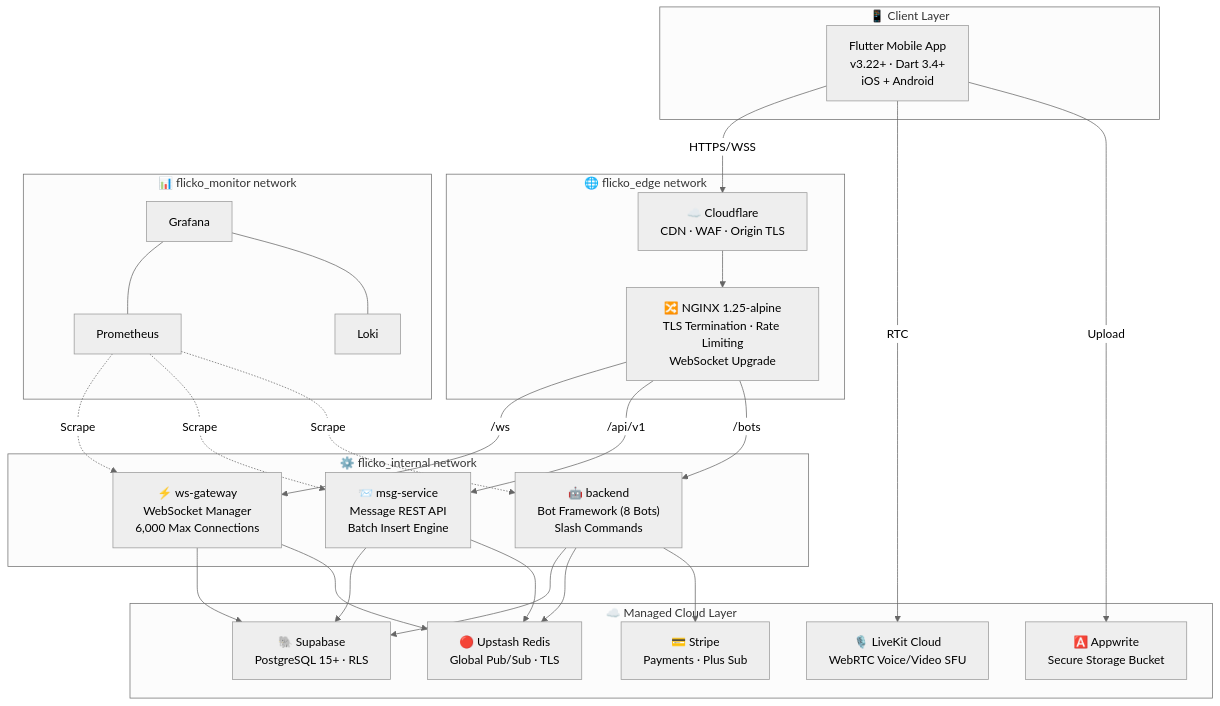
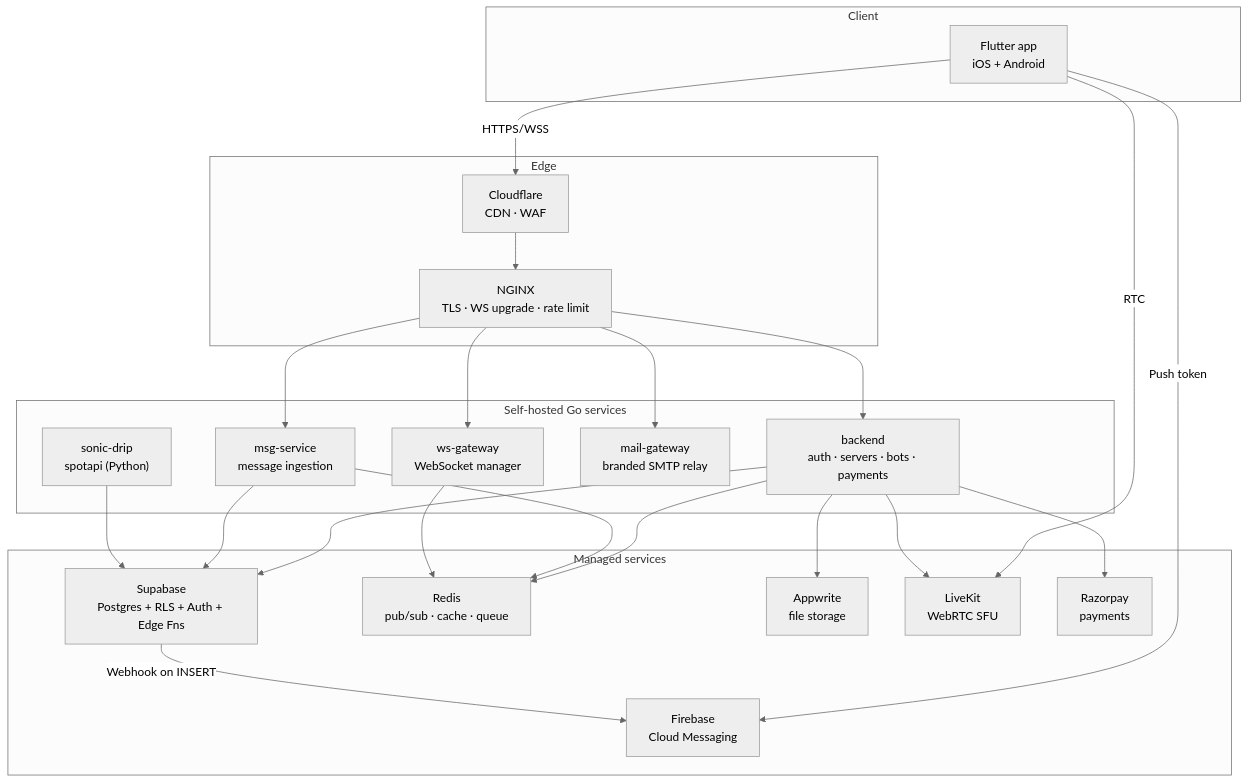
One commit to Santosh-Prasad-Verma/Flicko changed the diagram in README.md. Above: the diagram before and after it, drawn with Mermaid (neutral theme). The commit also changed other lines of this file, not shown here.

````diff
--- a/README.md
+++ b/README.md
@@ -87,43 +75,38 @@
 ```mermaid
 graph TB
-    subgraph Client["📱 Client Layer"]
-        APP["Flutter Mobile App<br/>v3.22+ · Dart 3.4+<br/>iOS + Android"]
+    subgraph Client["Client"]
+        APP["Flutter app<br/>iOS + Android"]
     end
 
-    subgraph Edge["🌐 flicko_edge network"]
-        CF["☁️ Cloudflare<br/>CDN · WAF · Origin TLS"]
-        NGX["🔀 NGINX 1.25-alpine<br/>TLS Termination · Rate Limiting<br/>WebSocket Upgrade"]
+    subgraph Edge["Edge"]
+        CF["Cloudflare<br/>CDN · WAF"]
+        NGX["NGINX<br/>TLS · WS upgrade · rate limit"]
     end
 
-    subgraph Internal["⚙️ flicko_internal network"]
-        WS["⚡ ws-gateway<br/>WebSocket Manager<br/>6,000 Max Connections"]
-        MSG["📨 msg-service<br/>Message REST API<br/>Batch Insert Engine"]
-        BE["🤖 backend<br/>Bot Framework (8 Bots)<br/>Slash Commands"]
+    subgraph Backend["Self-hosted Go services"]
+        BE["backend<br/>auth · servers · bots · payments"]
+        WS["ws-gateway<br/>WebSocket manager"]
+        MSG["msg-service<br/>message ingestion"]
+        MAIL["mail-gateway<br/>branded SMTP relay"]
+        SD["sonic-drip<br/>spotapi (Python)"]
     end
 
-    subgraph CloudServices["☁️ Managed Cloud Layer"]
-        DB["🐘 Supabase<br/>PostgreSQL 15+ · RLS"]
-        REDIS["🔴 Upstash Redis<br/>Global Pub/Sub · TLS"]
-        AW["🅰️ Appwrite<br/>Secure Storage Bucket"]
-        LK["🎙️ LiveKit Cloud<br/>WebRTC Voice/Video SFU"]
-        STRIPE["💳 Stripe<br/>Payments · Plus Sub"]
+    subgraph Cloud["Managed services"]
+        DB["Supabase<br/>Postgres + RLS + Auth + Edge Fns"]
+        REDIS["Redis<br/>pub/sub · cache · queue"]
+        AW["Appwrite<br/>file storage"]
+        LK["LiveKit<br/>WebRTC SFU"]
+        FCM["Firebase<br/>Cloud Messaging"]
+        RP["Razorpay<br/>payments"]
     end
 
-    subgraph Monitor["📊 flicko_monitor network"]
-        PROM["Prometheus"]
-        GRAF["Grafana"]
-        LOKI["Loki"]
-    end
-
-    APP -->|HTTPS/WSS| CF
+    APP -->|HTTPS/WSS| CF --> NGX
     APP -->|RTC| LK
-    APP -->|Upload| AW
-    CF --> NGX
-    NGX -->|/ws| WS
-    NGX -->|/api/v1| MSG
-    NGX -->|/bots| BE
-    WS & MSG & BE --> DB & REDIS
-    BE --> STRIPE
-    PROM -.->|Scrape| WS & MSG & BE
-    GRAF --- PROM & LOKI
+    APP -->|Push token| FCM
+    NGX --> BE & WS & MSG & MAIL
+    BE & MSG --> DB & REDIS
+    WS --> REDIS
+    BE --> AW & LK & RP
+    SD --> DB
+    DB -->|Webhook on INSERT| FCM
 ```
````
